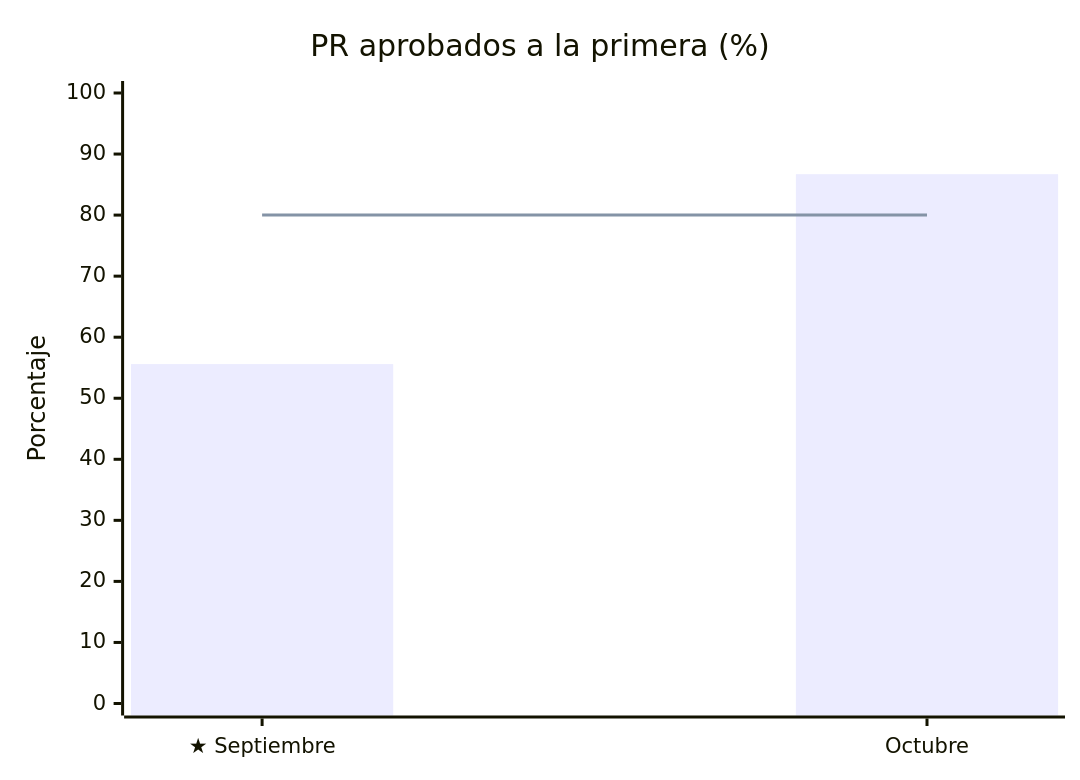
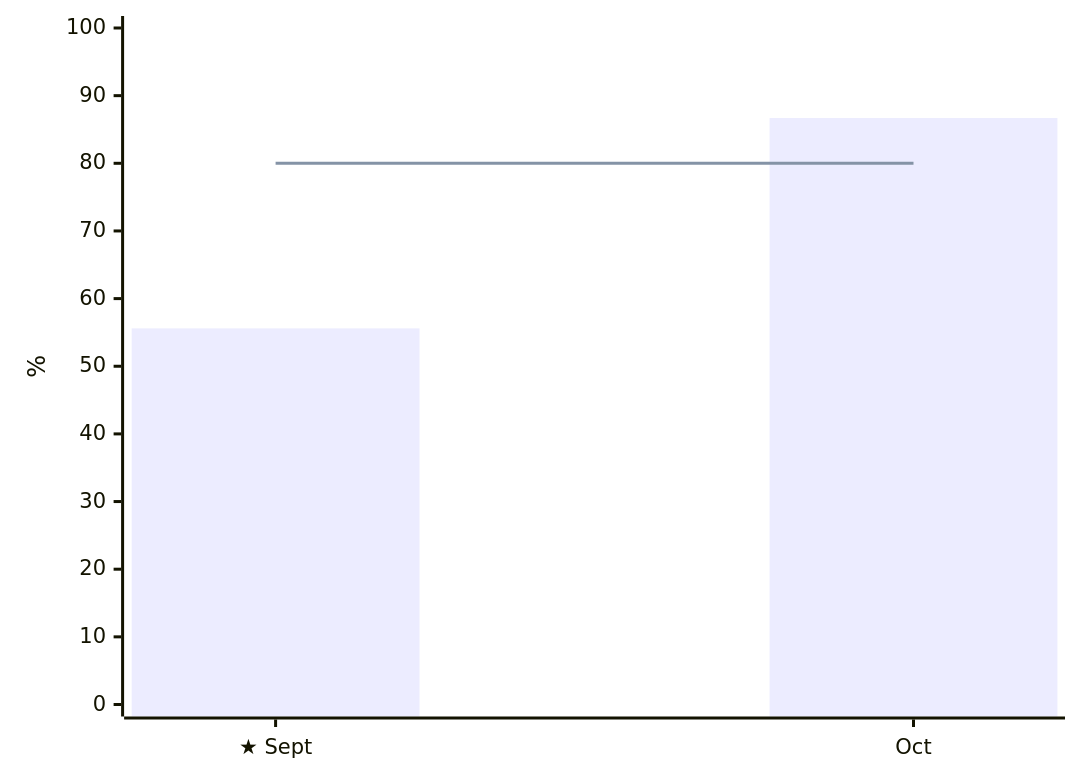
Before and after one commit to esinergiajohan/smart-goals-2026: the first of 6 diagrams in README.md, drawn with Mermaid. The commit also changed other lines of this file, not shown here.

````diff
--- a/README.md
+++ b/README.md
@@ -79,8 +92,7 @@
 ```mermaid
 xychart-beta
-  title "PR aprobados a la primera (%)"
-  x-axis ["★ Septiembre", "Octubre"]
-  y-axis "Porcentaje" 0 --> 100
+  x-axis ["★ Sept", "Oct"]
+  y-axis "%" 0 --> 100
   bar [55.6, 86.7]
   line [80, 80]
 ```
````
